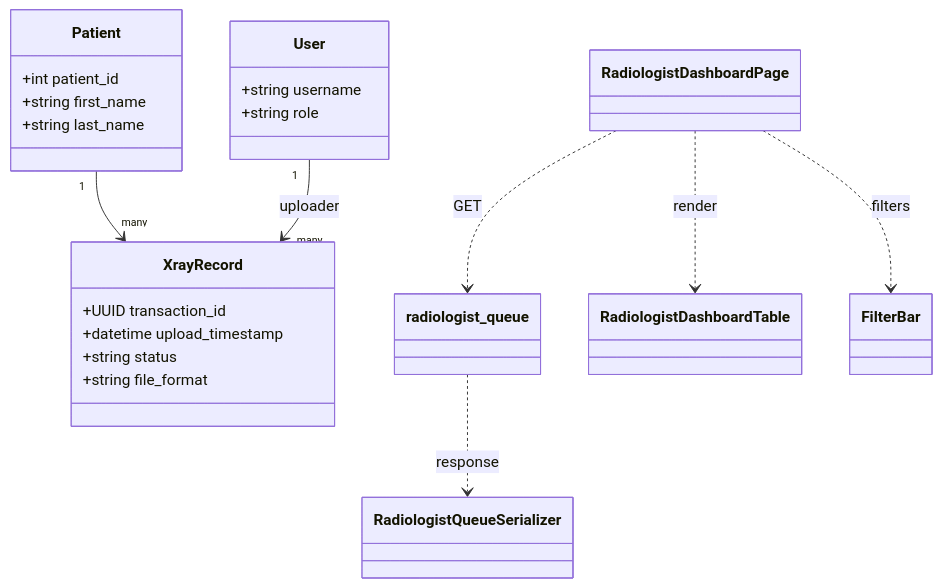
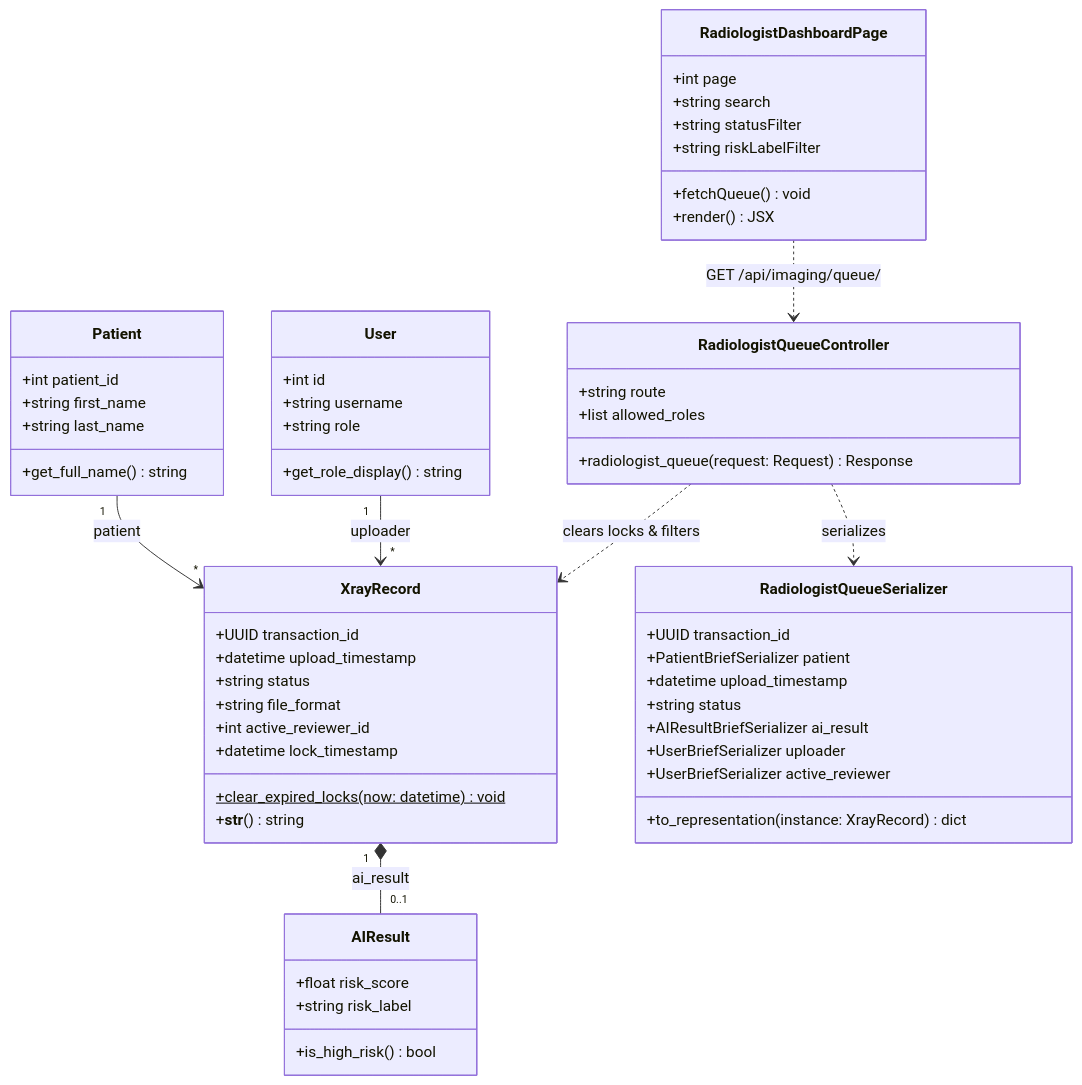
The diagram in documentation/class diagrams/2.1_Class Diagram.md (DymNomZ/TBXR), drawn with Mermaid before and after one commit. The commit also changed 80 other files, not shown here.

````diff
--- a/documentation/class diagrams/2.1_Class Diagram.md
+++ b/documentation/class diagrams/2.1_Class Diagram.md
@@ -1,35 +1,66 @@
 ```mermaid
 classDiagram
     class Patient {
         +int patient_id
         +string first_name
         +string last_name
+        +get_full_name() string
     }
 
     class User {
+        +int id
         +string username
         +string role
+        +get_role_display() string
+    }
+
+    class AIResult {
+        +float risk_score
+        +string risk_label
+        +is_high_risk() bool
     }
 
     class XrayRecord {
         +UUID transaction_id
         +datetime upload_timestamp
         +string status
         +string file_format
+        +int active_reviewer_id
+        +datetime lock_timestamp
+        +clear_expired_locks(now: datetime)$ void
+        +__str__() string
     }
 
-    class radiologist_queue
-    class RadiologistQueueSerializer
+    class RadiologistQueueSerializer {
+        +UUID transaction_id
+        +PatientBriefSerializer patient
+        +datetime upload_timestamp
+        +string status
+        +AIResultBriefSerializer ai_result
+        +UserBriefSerializer uploader
+        +UserBriefSerializer active_reviewer
+        +to_representation(instance: XrayRecord) dict
+    }
 
-    class RadiologistDashboardPage
-    class RadiologistDashboardTable
-    class FilterBar
+    class RadiologistQueueController {
+        +string route
+        +list allowed_roles
+        +radiologist_queue(request: Request) Response
+    }
 
-    Patient "1" --> "many" XrayRecord
-    User "1" --> "many" XrayRecord : uploader
+    class RadiologistDashboardPage {
+        +int page
+        +string search
+        +string statusFilter
+        +string riskLabelFilter
+        +fetchQueue() void
+        +render() JSX
+    }
 
-    RadiologistDashboardPage ..> radiologist_queue : GET
-    radiologist_queue ..> RadiologistQueueSerializer : response
-    RadiologistDashboardPage ..> RadiologistDashboardTable : render
-    RadiologistDashboardPage ..> FilterBar : filters
+    Patient "1" --> "*" XrayRecord : patient
+    User "1" --> "*" XrayRecord : uploader
+    XrayRecord "1" *-- "0..1" AIResult : ai_result
+    RadiologistQueueController ..> XrayRecord : clears locks & filters
+    RadiologistQueueController ..> RadiologistQueueSerializer : serializes
+    RadiologistDashboardPage ..> RadiologistQueueController : GET /api/imaging/queue/
 ```
````
